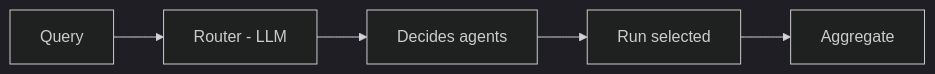
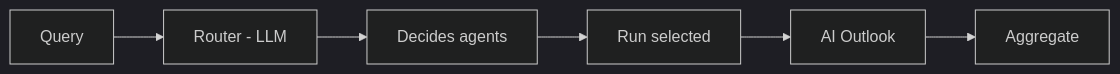
The second of 2 diagrams in docs/DEMO.md (michaelzus/ThinkOnlyOnce), drawn with Mermaid (dark theme) before and after one commit. The commit also changed 5 other files, not shown here.

````diff
--- a/docs/DEMO.md
+++ b/docs/DEMO.md
@@ -68,7 +68,8 @@
    ```mermaid
    flowchart LR
        A[Query] --> B[Router - LLM]
        B --> C[Decides agents]
        C --> D[Run selected]
-       D --> E[Aggregate]
+       D --> E[AI Outlook]
+       E --> F[Aggregate]
    ```
````
